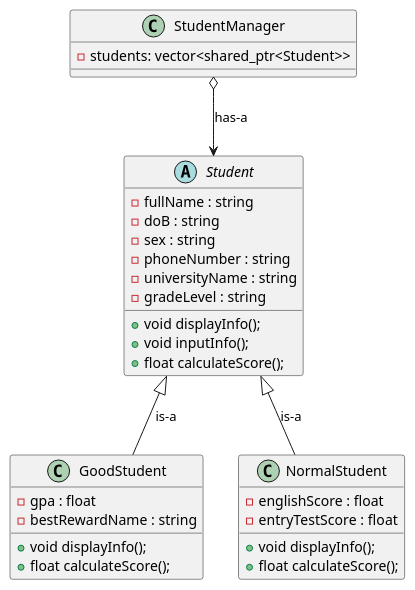
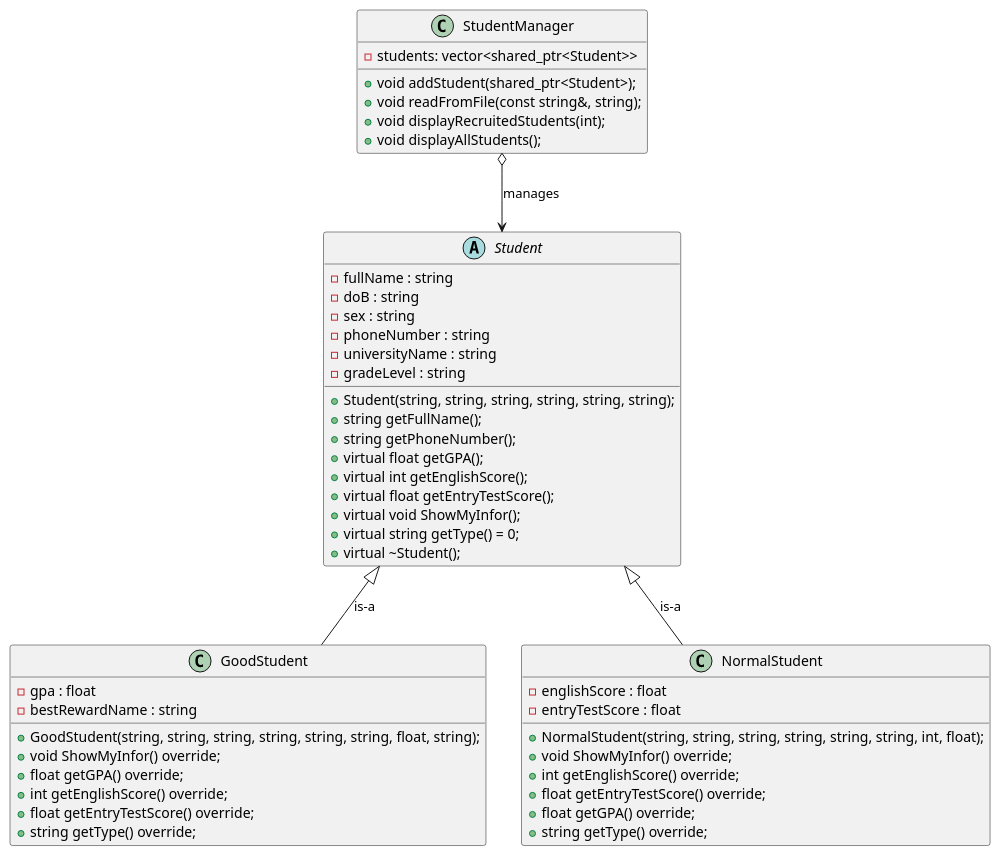
One commit to baobluebird/Basic-C-Cplusplus changed the diagram in .Assigment/OOP/ex14/diagram/diagram.wsd. Above: the diagram before and after it, drawn with PlantUML. The commit also changed 36 other files, not shown here.

```diff
--- a/.Assigment/OOP/ex14/diagram/diagram.wsd
+++ b/.Assigment/OOP/ex14/diagram/diagram.wsd
@@ -1,35 +1,53 @@
 @startuml
 abstract class Student {
     - fullName : string
     - doB : string
     - sex : string
     - phoneNumber : string
     - universityName : string
     - gradeLevel : string
-    + void displayInfo();
-    + void inputInfo();
-    + float calculateScore();
+    + Student(string, string, string, string, string, string);
+    + string getFullName();
+    + string getPhoneNumber();
+    + virtual float getGPA();
+    + virtual int getEnglishScore();
+    + virtual float getEntryTestScore();
+    + virtual void ShowMyInfor();
+    + virtual string getType() = 0;
+    + virtual ~Student();
 }
 
 class GoodStudent {
     - gpa : float
     - bestRewardName : string
-    + void displayInfo();
-    + float calculateScore(); 
+    + GoodStudent(string, string, string, string, string, string, float, string);   
+    + void ShowMyInfor() override;
+    + float getGPA() override;
+    + int getEnglishScore() override;
+    + float getEntryTestScore() override;
+    + string getType() override;
 }
 
 class NormalStudent {
     - englishScore : float
     - entryTestScore : float
-    + void displayInfo();
-    + float calculateScore(); 
+    + NormalStudent(string, string, string, string, string, string, int, float);
+    + void ShowMyInfor() override;
+    + int getEnglishScore() override;
+    + float getEntryTestScore() override;
+    + float getGPA() override;
+    + string getType() override;
 }
 
 class StudentManager{
     - students: vector<shared_ptr<Student>>
+    + void addStudent(shared_ptr<Student>);
+    + void readFromFile(const string&, string);
+    + void displayRecruitedStudents(int);
+    + void displayAllStudents();
 }
 
 Student <|-- GoodStudent : is-a 
 Student <|-- NormalStudent : is-a 
-StudentManager o--> Student : has-a
+StudentManager o--> Student : manages
 @enduml
```
